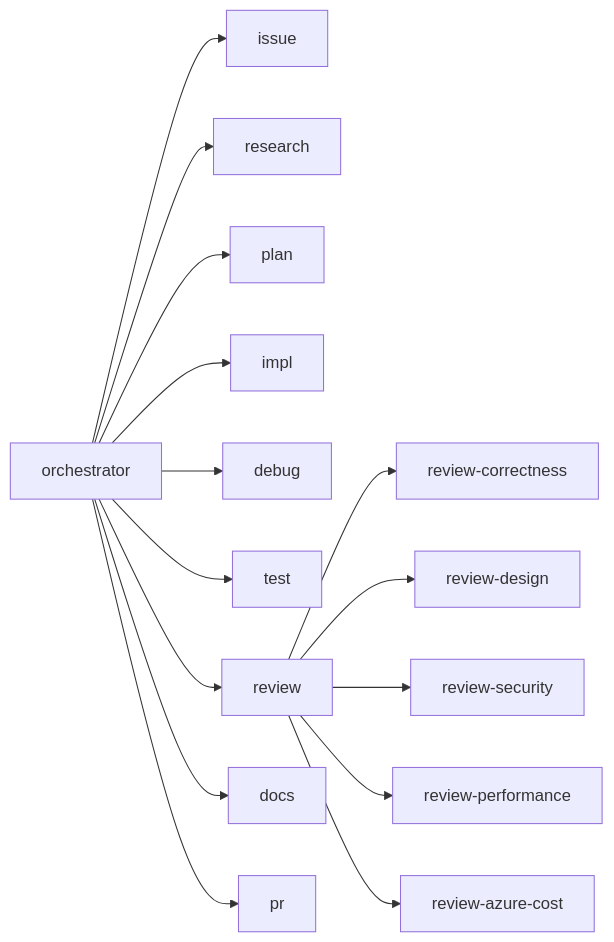
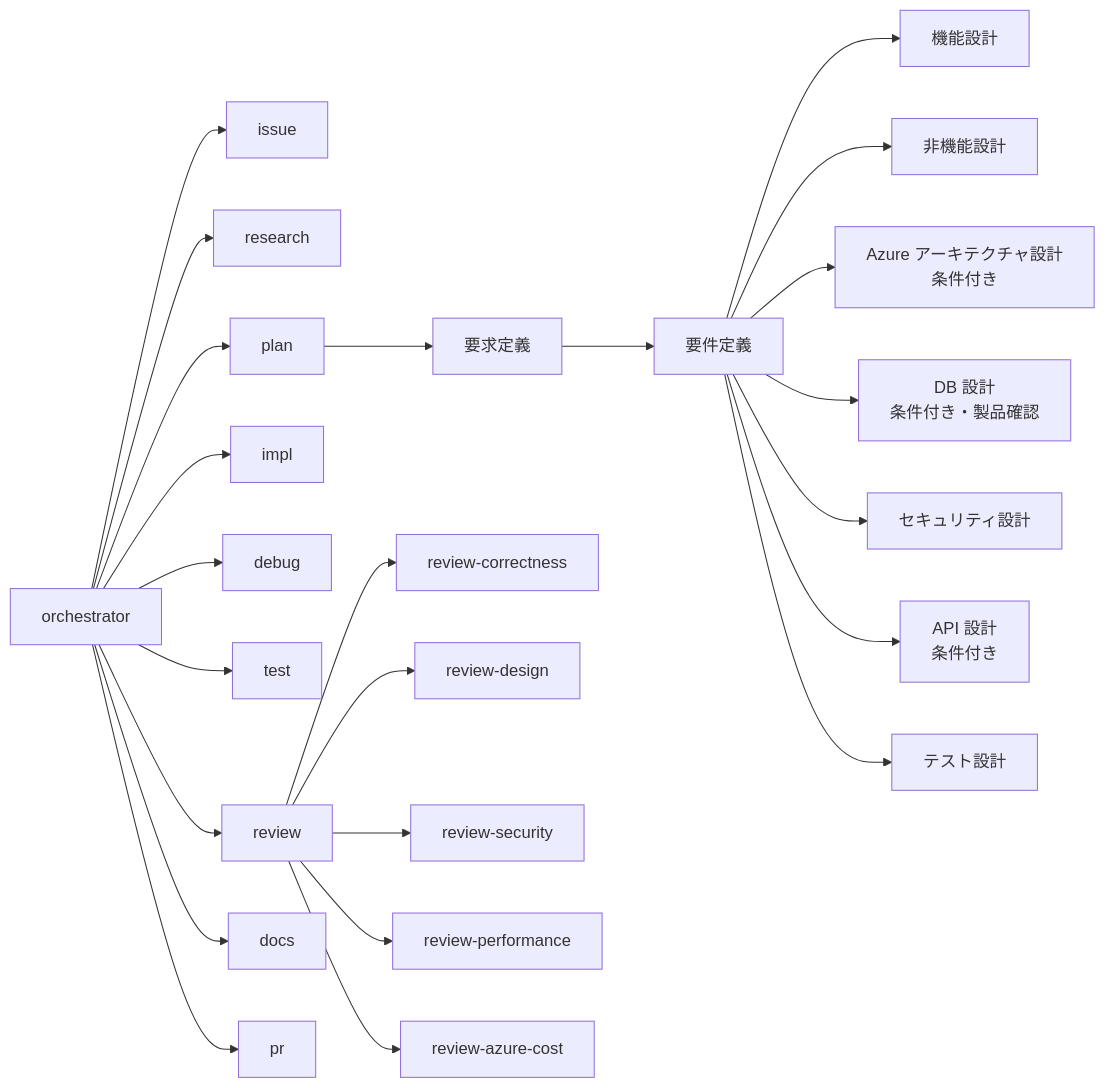
Before and after one commit to tsubakimoto/swe-template: the diagram in AGENTS.md, drawn with Mermaid. The commit also changed other lines of this file and 10 other files, not shown here.

````diff
--- a/AGENTS.md
+++ b/AGENTS.md
@@ -33,17 +42,26 @@
 ```mermaid
 flowchart LR
     O[orchestrator] --> I[issue]
     O --> RS2[research]
     O --> P[plan]
     O --> M[impl]
+    P --> PRD[要求定義]
+    PRD --> REQ[要件定義]
+    REQ --> FD[機能設計]
+    REQ --> NFD[非機能設計]
+    REQ --> AZ[Azure アーキテクチャ設計<br/>条件付き]
+    REQ --> DB[DB 設計<br/>条件付き・製品確認]
+    REQ --> SEC[セキュリティ設計]
+    REQ --> API[API 設計<br/>条件付き]
+    REQ --> TD[テスト設計]
     O --> D[debug]
     O --> T[test]
     O --> R[review]
     O --> DOC[docs]
     O --> PR[pr]
     R --> RC[review-correctness]
     R --> RD[review-design]
     R --> RS[review-security]
     R --> RP[review-performance]
     R --> RA[review-azure-cost]
 ```
````
